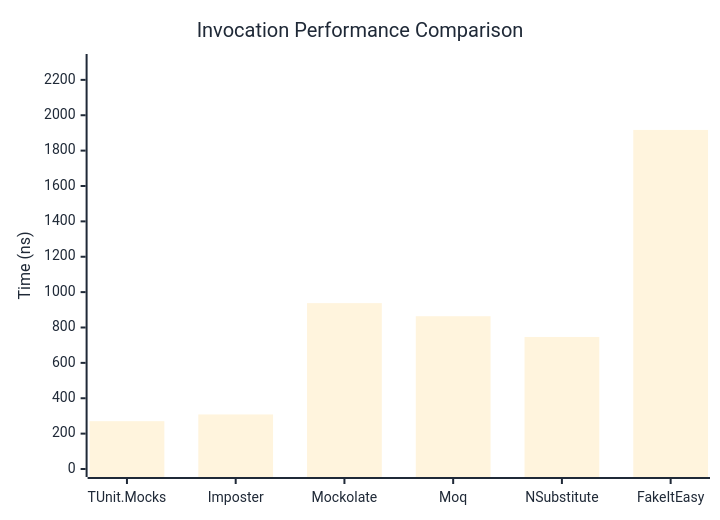
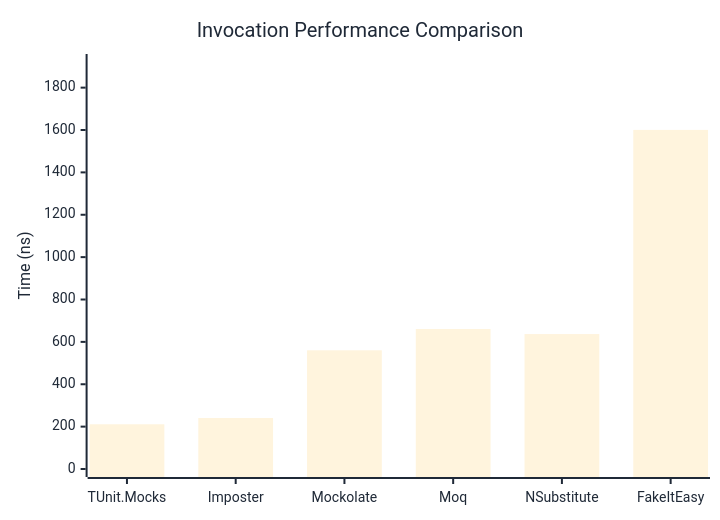
The first of 3 diagrams in docs/docs/benchmarks/mocks/Invocation.md (thomhurst/TUnit), drawn with Mermaid before and after one commit. The commit also changed other lines of this file and 14 other files, not shown here.

````diff
--- a/docs/docs/benchmarks/mocks/Invocation.md
+++ b/docs/docs/benchmarks/mocks/Invocation.md
@@ -28,27 +28,27 @@
 ```mermaid
 %%{init: {
   'theme':'base',
   'themeVariables': {
     'primaryColor': '#2563eb',
     'primaryTextColor': '#1f2937',
     'primaryBorderColor': '#1e40af',
     'lineColor': '#6b7280',
     'secondaryColor': '#7c3aed',
     'tertiaryColor': '#dc2626',
     'background': '#ffffff',
     'pie1': '#2563eb',
     'pie2': '#7c3aed',
     'pie3': '#dc2626',
     'pie4': '#f59e0b',
     'pie5': '#10b981',
     'pie6': '#06b6d4',
     'pie7': '#ec4899',
     'pie8': '#6366f1'
   }
 }}%%
 xychart-beta
   title "Invocation Performance Comparison"
   x-axis ["TUnit.Mocks", "Imposter", "Mockolate", "Moq", "NSubstitute", "FakeItEasy"]
-  y-axis "Time (ns)" 0 --> 2301
-  bar [270.4, 308.5, 937.8, 863.8, 746.5, 1917]
+  y-axis "Time (ns)" 0 --> 1921
+  bar [211.1, 240.8, 560.2, 660.9, 636.9, 1600.5]
 ```
````
